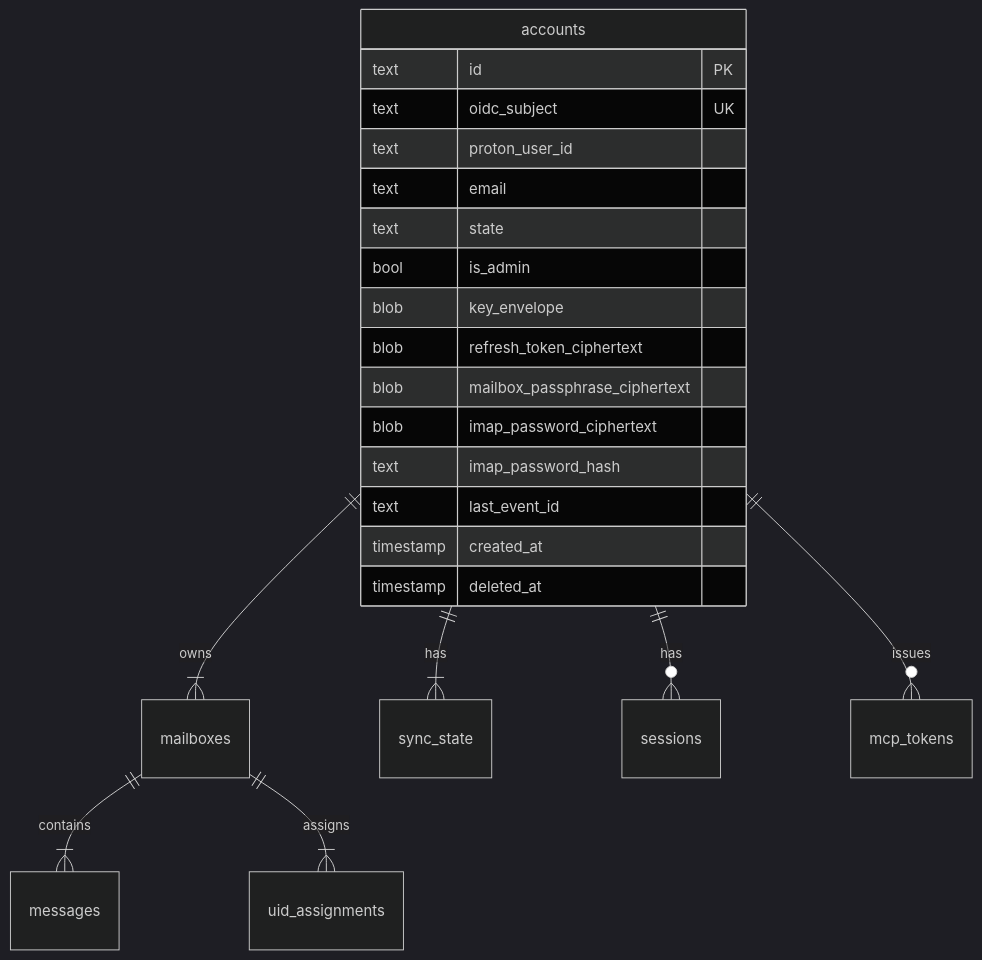
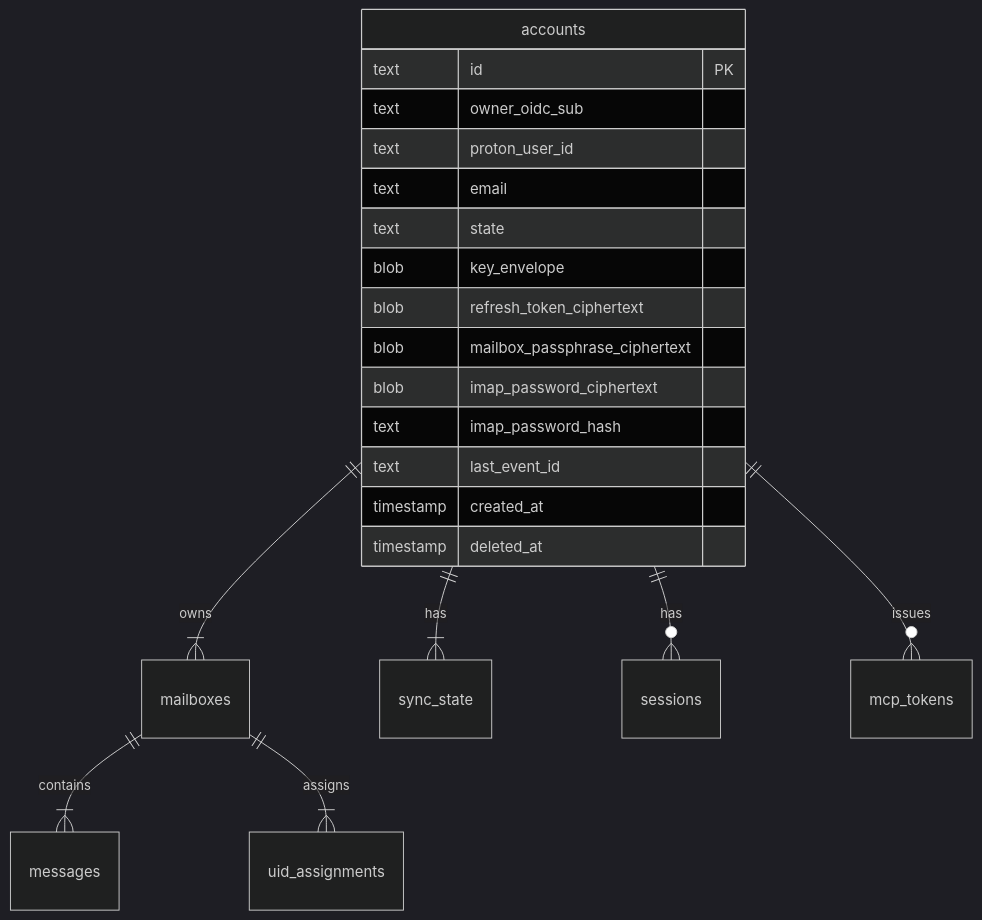
One commit to joestump/reduit changed the diagram in docs/openspec/specs/account-model/design.md. Above: the diagram before and after it, drawn with Mermaid (dark theme). The commit also changed other lines of this file and 1 other file, not shown here.

````diff
--- a/docs/openspec/specs/account-model/design.md
+++ b/docs/openspec/specs/account-model/design.md
@@ -10,25 +10,24 @@
 ```mermaid
 erDiagram
     accounts ||--|{ mailboxes : "owns"
     accounts ||--|{ sync_state : "has"
     accounts ||--o{ sessions : "has"
     accounts ||--o{ mcp_tokens : "issues"
     mailboxes ||--|{ messages : "contains"
     mailboxes ||--|{ uid_assignments : "assigns"
     accounts {
         text id PK
-        text oidc_subject UK
+        text owner_oidc_sub
         text proton_user_id
         text email
         text state
-        bool is_admin
         blob key_envelope
         blob refresh_token_ciphertext
         blob mailbox_passphrase_ciphertext
         blob imap_password_ciphertext
         text imap_password_hash
         text last_event_id
         timestamp created_at
         timestamp deleted_at
     }
 ```
````
